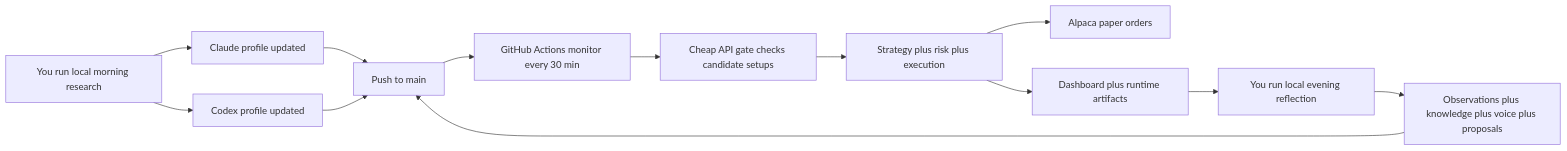
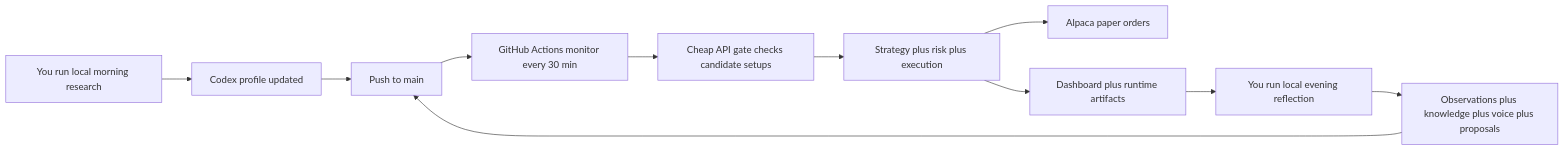
The first of 2 diagrams in README.md (Aashay-chaudhari/trader), drawn with Mermaid before and after one commit. The commit also changed other lines of this file and 5473 other files, not shown here.

````diff
--- a/README.md
+++ b/README.md
@@ -12,15 +12,13 @@
 ```mermaid
 flowchart LR
-    A[You run local morning research] --> B[Claude profile updated]
-    A --> C[Codex profile updated]
-    B --> D[Push to main]
-    C --> D
+    A[You run local morning research] --> C[Codex profile updated]
+    C --> D[Push to main]
     D --> E[GitHub Actions monitor every 30 min]
     E --> F[Cheap API gate checks candidate setups]
     F --> G[Strategy plus risk plus execution]
     G --> H[Alpaca paper orders]
     G --> I[Dashboard plus runtime artifacts]
     I --> J[You run local evening reflection]
     J --> K[Observations plus knowledge plus voice plus proposals]
     K --> D
 ```
````
